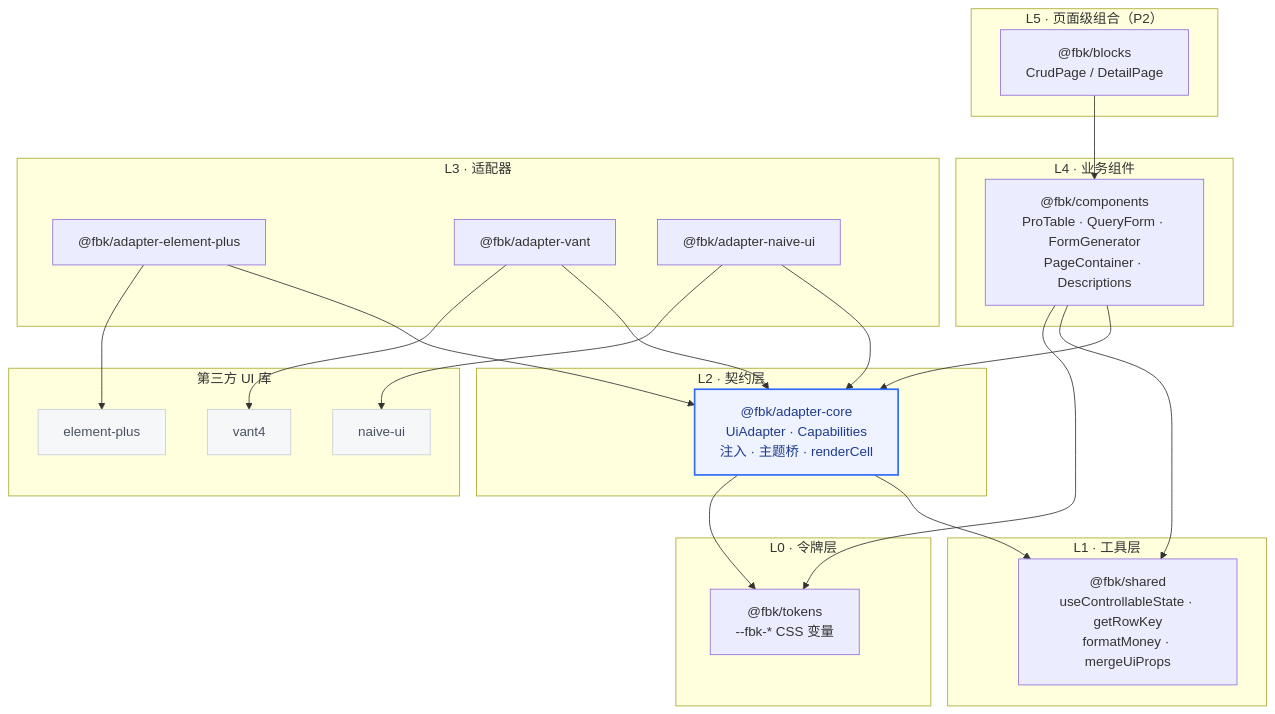
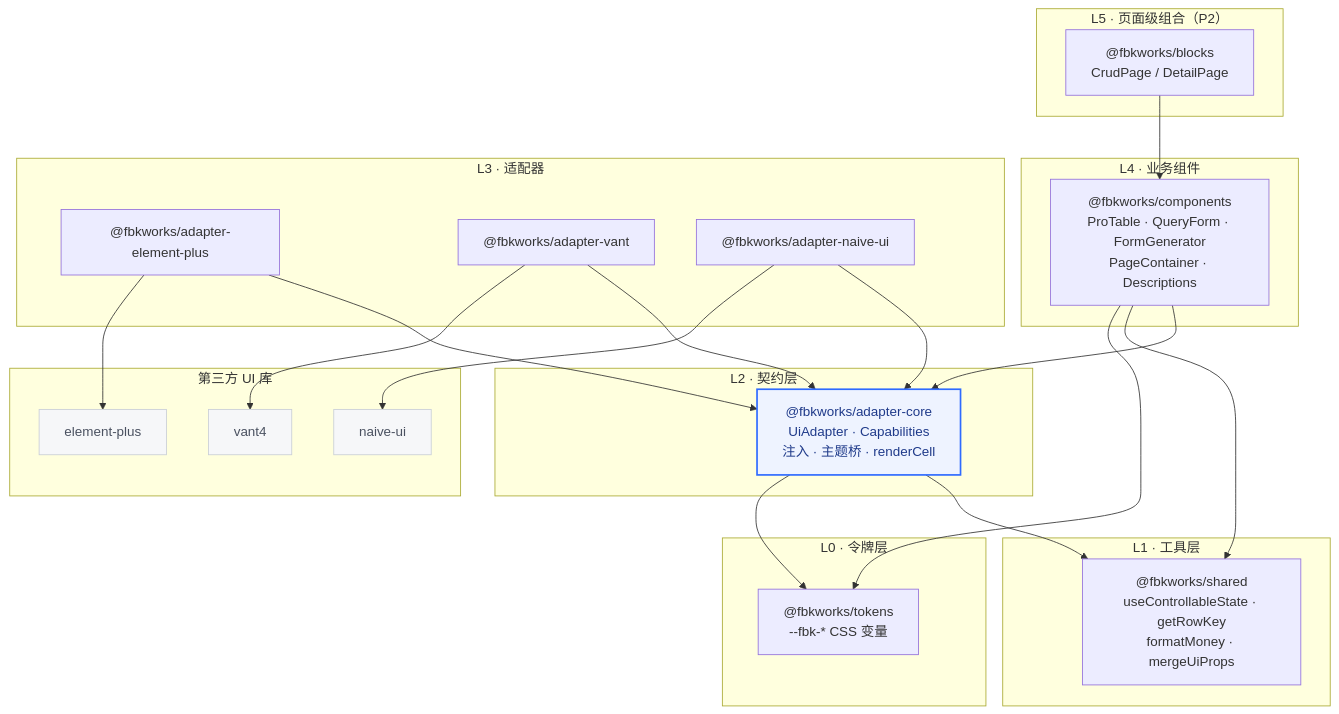
One commit to socalledPF/fbkworks changed the first of 12 diagrams in apps/docs/guide/architecture-diagrams.md. Above: the diagram before and after it, drawn with Mermaid. The commit also changed other lines of this file and 273 other files, not shown here.

First line of the commit message:
chore: npm 作用域 @fbk → @fbkworks

````diff
--- a/apps/docs/guide/architecture-diagrams.md
+++ b/apps/docs/guide/architecture-diagrams.md
@@ -26,52 +26,52 @@
 ```mermaid
 flowchart TB
   subgraph L5["L5 · 页面级组合（P2）"]
-    blocks["@fbk/blocks<br/>CrudPage / DetailPage"]
+    blocks["@fbkworks/blocks<br/>CrudPage / DetailPage"]
   end
 
   subgraph L4["L4 · 业务组件"]
-    components["@fbk/components<br/>ProTable · QueryForm · FormGenerator<br/>PageContainer · Descriptions"]
+    components["@fbkworks/components<br/>ProTable · QueryForm · FormGenerator<br/>PageContainer · Descriptions"]
   end
 
   subgraph L3["L3 · 适配器"]
-    ep["@fbk/adapter-element-plus"]
-    vant["@fbk/adapter-vant"]
-    naive["@fbk/adapter-naive-ui"]
+    ep["@fbkworks/adapter-element-plus"]
+    vant["@fbkworks/adapter-vant"]
+    naive["@fbkworks/adapter-naive-ui"]
   end
 
   subgraph L2["L2 · 契约层"]
-    core["@fbk/adapter-core<br/>UiAdapter · Capabilities<br/>注入 · 主题桥 · renderCell"]
+    core["@fbkworks/adapter-core<br/>UiAdapter · Capabilities<br/>注入 · 主题桥 · renderCell"]
   end
 
   subgraph L1["L1 · 工具层"]
-    shared["@fbk/shared<br/>useControllableState · getRowKey<br/>formatMoney · mergeUiProps"]
+    shared["@fbkworks/shared<br/>useControllableState · getRowKey<br/>formatMoney · mergeUiProps"]
   end
 
   subgraph L0["L0 · 令牌层"]
-    tokens["@fbk/tokens<br/>--fbk-* CSS 变量"]
+    tokens["@fbkworks/tokens<br/>--fbk-* CSS 变量"]
   end
 
   subgraph UI["第三方 UI 库"]
     epLib["element-plus"]
     vantLib["vant4"]
     naiveLib["naive-ui"]
   end
 
   blocks --> components
   components --> core
   components --> shared
   components --> tokens
   core --> shared
   core --> tokens
   ep --> core
   vant --> core
   naive --> core
   ep --> epLib
   vant --> vantLib
   naive --> naiveLib
 
   classDef contract fill:#eef3ff,stroke:#2f6bff,stroke-width:2px,color:#1f3a8a
   classDef third fill:#f6f7f9,stroke:#c9ced6,color:#4a5160
   class core contract
   class epLib,vantLib,naiveLib third
 ```
````
